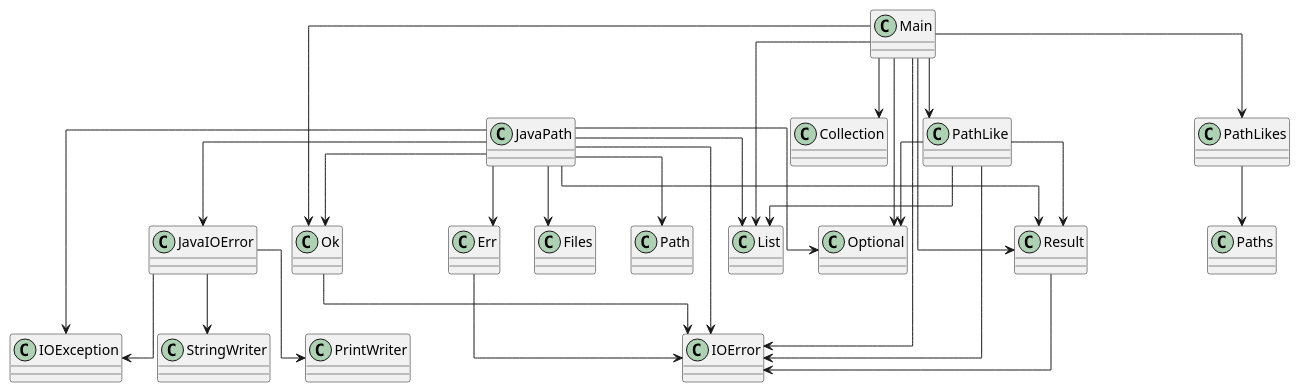
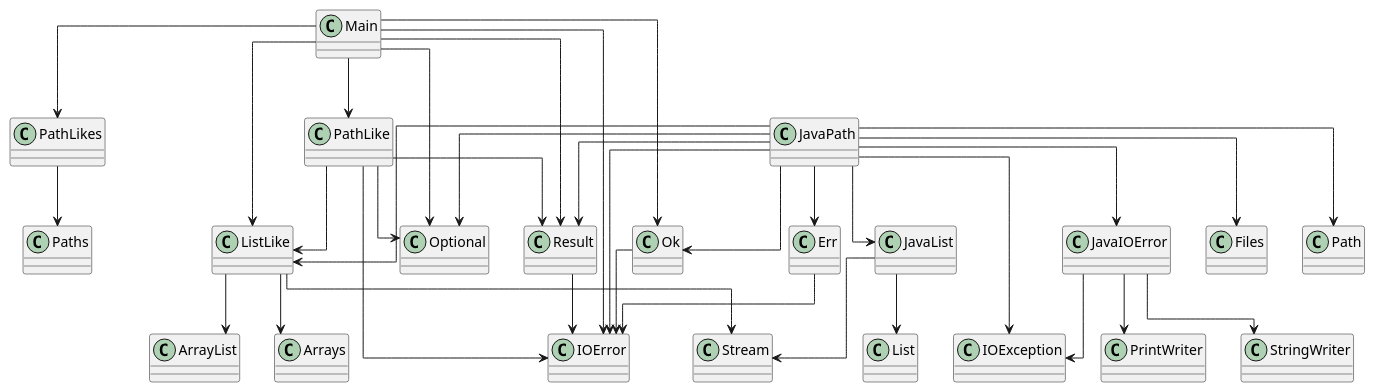
The diagram in diagram.puml (SirMathhman/Magma), drawn with PlantUML before and after one commit. The commit also changed 5 other files, not shown here.

```diff
--- a/diagram.puml
+++ b/diagram.puml
@@ -1,42 +1,49 @@
 @startuml
 skinparam linetype ortho
 class IOError
 class JavaIOError
 JavaIOError --> IOException
 JavaIOError --> PrintWriter
 JavaIOError --> StringWriter
+class JavaList
+JavaList --> List
+JavaList --> Stream
+class ListLike
+ListLike --> ArrayList
+ListLike --> Arrays
+ListLike --> Stream
 class Main
 Main --> IOError
+Main --> ListLike
 Main --> PathLike
 Main --> PathLikes
 Main --> Ok
 Main --> Result
-Main --> Collection
-Main --> List
 Main --> Optional
 class JavaPath
+JavaPath --> JavaList
+JavaPath --> ListLike
 JavaPath --> IOError
 JavaPath --> JavaIOError
 JavaPath --> Err
 JavaPath --> Ok
 JavaPath --> Result
 JavaPath --> IOException
 JavaPath --> Files
 JavaPath --> Path
-JavaPath --> List
 JavaPath --> Optional
 class PathLike
+PathLike --> ListLike
 PathLike --> IOError
 PathLike --> Result
-PathLike --> List
 PathLike --> Optional
 class PathLikes
 PathLikes --> Paths
 class Err
 Err --> IOError
 class Ok
 Ok --> IOError
 class Result
 Result --> IOError
 
 @enduml
```
